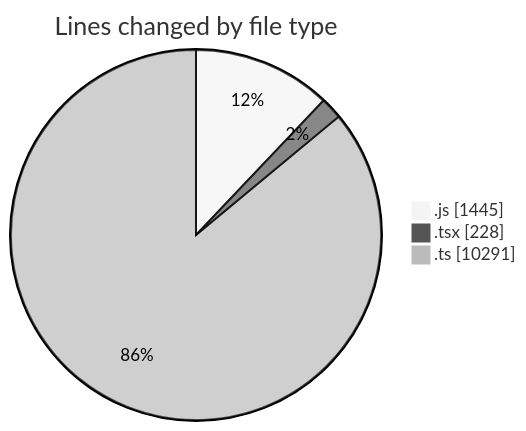
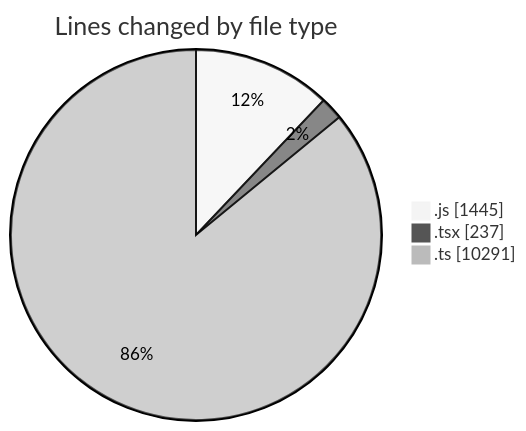
The first of 2 diagrams in 2025-03-13/cda/README.md (momahboobian/code-tracking), drawn with Mermaid (neutral theme) before and after one commit. The commit also changed other lines of this file and 1 other file, not shown here.

````diff
--- a/2025-03-13/cda/README.md
+++ b/2025-03-13/cda/README.md
@@ -32,7 +32,7 @@
 ```mermaid
 pie showData
 title Lines changed by file type
 ".js" : 1445
-".tsx" : 228
+".tsx" : 237
 ".ts" : 10291
 ```
````
